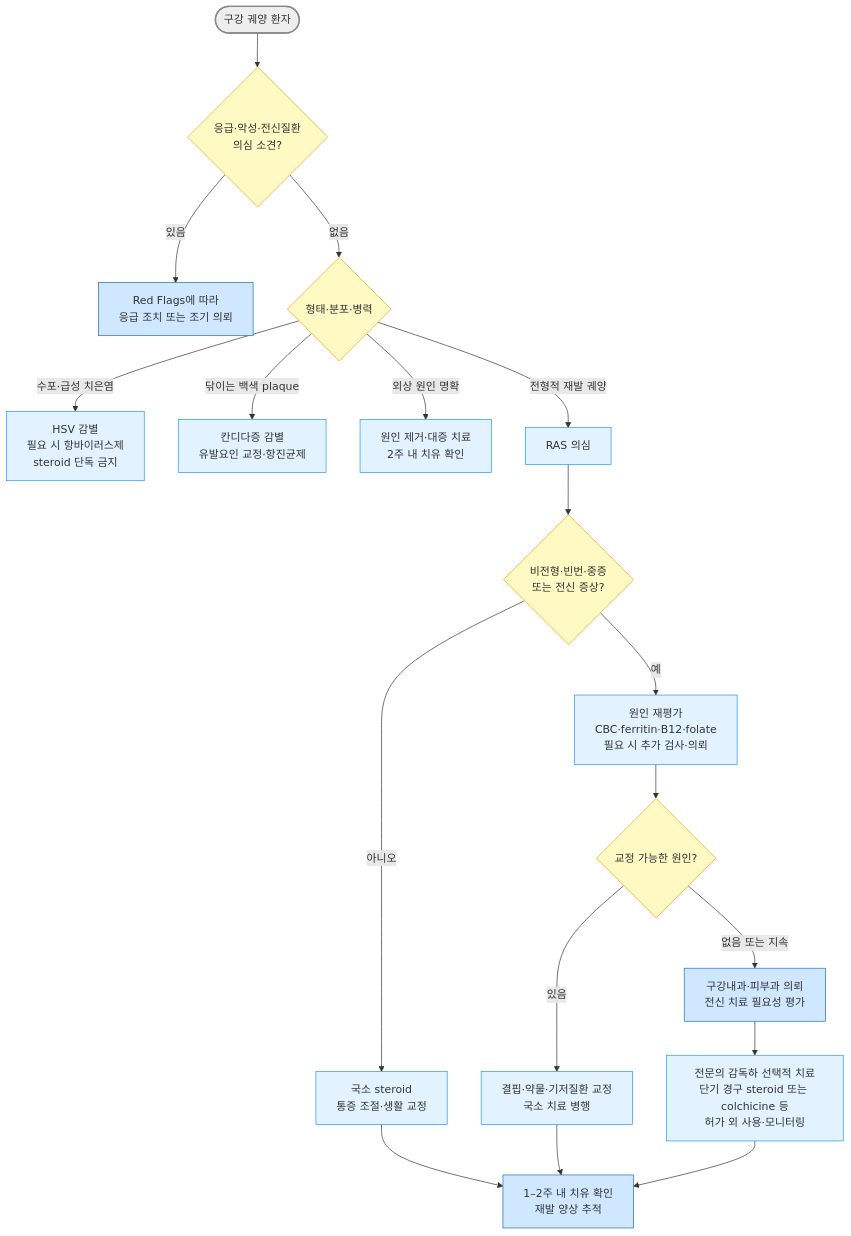
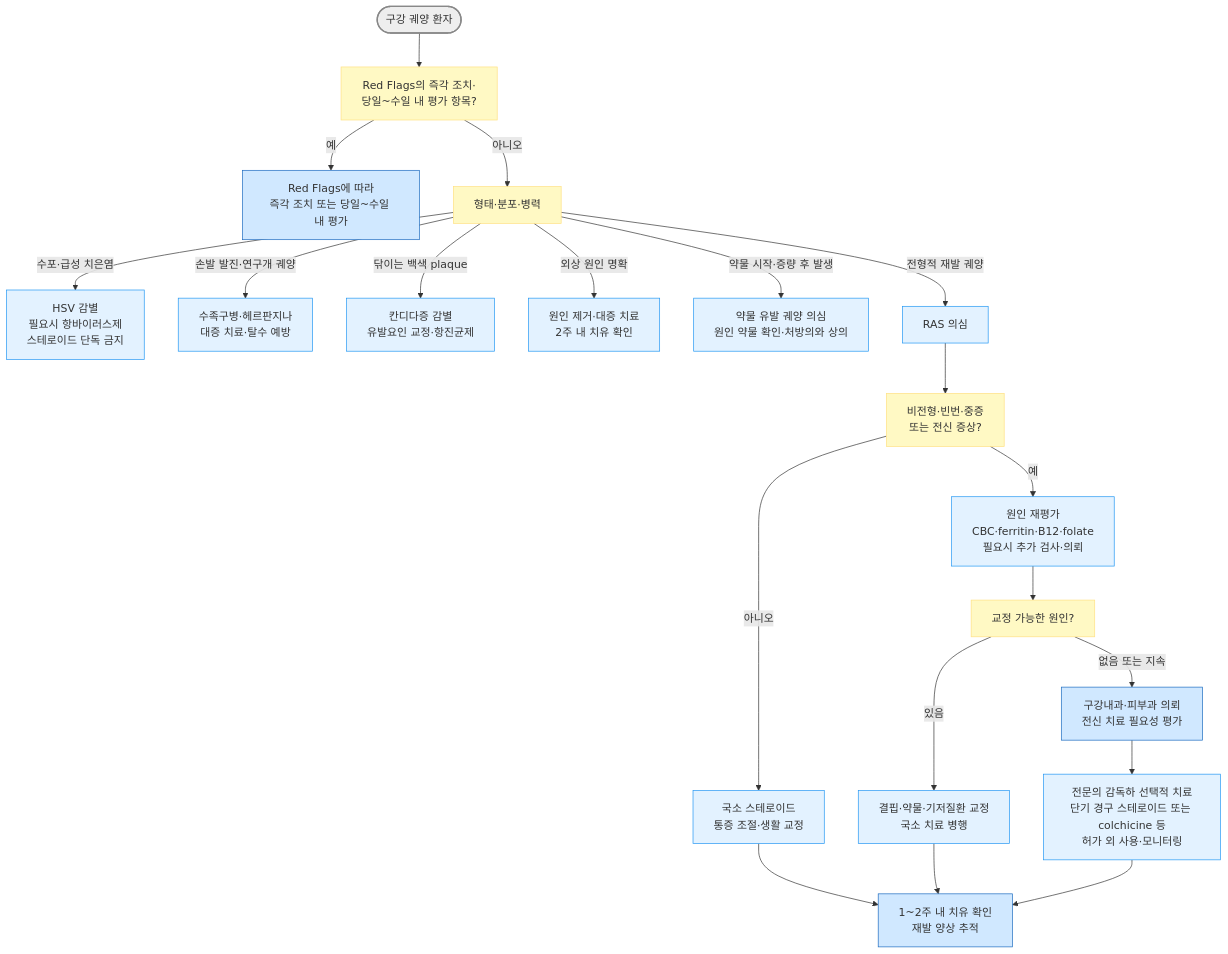
Before and after one commit to familyoh77/familyoh77: the diagram in 222_/054_-stomatitis.md, drawn with Mermaid. The commit also changed other lines of this file, not shown here.

````diff
--- a/222_/054_-stomatitis.md
+++ b/222_/054_-stomatitis.md
@@ -253,29 +258,31 @@
 ```mermaid
 flowchart TD
-    A([구강 궤양 환자]) --> PRE{응급·악성·전신질환<br/>의심 소견?}
-    PRE --> |있음| RF[Red Flags에 따라<br/>응급 조치 또는 조기 의뢰]
-    PRE --> |없음| DIFF{형태·분포·병력}
-    DIFF --> |수포·급성 치은염| HSV[HSV 감별<br/>필요 시 항바이러스제<br/>steroid 단독 금지]
-    DIFF --> |닦이는 백색 plaque| CAND[칸디다증 감별<br/>유발요인 교정·항진균제]
-    DIFF --> |외상 원인 명확| TRAUMA[원인 제거·대증 치료<br/>2주 내 치유 확인]
-    DIFF --> |전형적 재발 궤양| RAS[RAS 의심]
+    A([구강 궤양 환자]) --> PRE["Red Flags의 즉각 조치·<br/>당일~수일 내 평가 항목?"]
+    PRE --> |예| RF["Red Flags에 따라<br/>즉각 조치 또는 당일~수일 내 평가"]
+    PRE --> |아니오| DIFF["형태·분포·병력"]
+    DIFF --> |수포·급성 치은염| HSV["HSV 감별<br/>필요시 항바이러스제<br/>스테로이드 단독 금지"]
+    DIFF --> |손발 발진·연구개 궤양| ENT["수족구병·헤르판지나<br/>대증 치료·탈수 예방"]
+    DIFF --> |닦이는 백색 plaque| CAND["칸디다증 감별<br/>유발요인 교정·항진균제"]
+    DIFF --> |외상 원인 명확| TRAUMA["원인 제거·대증 치료<br/>2주 내 치유 확인"]
+    DIFF --> |약물 시작·증량 후 발생| DRUG["약물 유발 궤양 의심<br/>원인 약물 확인·처방의와 상의"]
+    DIFF --> |전형적 재발 궤양| RAS["RAS 의심"]
 
-    RAS --> SEV{비전형·빈번·중증<br/>또는 전신 증상?}
-    SEV --> |아니오| LOCAL[국소 steroid<br/>통증 조절·생활 교정]
-    SEV --> |예| WORK[원인 재평가<br/>CBC·ferritin·B12·folate<br/>필요 시 추가 검사·의뢰]
-    WORK --> CAUSE{교정 가능한 원인?}
-    CAUSE --> |있음| CORRECT[결핍·약물·기저질환 교정<br/>국소 치료 병행]
-    CAUSE --> |없음 또는 지속| REFER[구강내과·피부과 의뢰<br/>전신 치료 필요성 평가]
-    REFER --> SYSTEMIC[전문의 감독하 선택적 치료<br/>단기 경구 steroid 또는 colchicine 등<br/>허가 외 사용·모니터링]
-    LOCAL --> FOLLOW[1–2주 내 치유 확인<br/>재발 양상 추적]
+    RAS --> SEV["비전형·빈번·중증<br/>또는 전신 증상?"]
+    SEV --> |아니오| LOCAL["국소 스테로이드<br/>통증 조절·생활 교정"]
+    SEV --> |예| WORK["원인 재평가<br/>CBC·ferritin·B12·folate<br/>필요시 추가 검사·의뢰"]
+    WORK --> CAUSE["교정 가능한 원인?"]
+    CAUSE --> |있음| CORRECT["결핍·약물·기저질환 교정<br/>국소 치료 병행"]
+    CAUSE --> |없음 또는 지속| REFER["구강내과·피부과 의뢰<br/>전신 치료 필요성 평가"]
+    REFER --> SYSTEMIC["전문의 감독하 선택적 치료<br/>단기 경구 스테로이드 또는 colchicine 등<br/>허가 외 사용·모니터링"]
+    LOCAL --> FOLLOW["1~2주 내 치유 확인<br/>재발 양상 추적"]
     CORRECT --> FOLLOW
     SYSTEMIC --> FOLLOW
 
 style A fill:#eeeeee,stroke:#888888,stroke-width:2px
-classDef yellow fill:#fff9c4,stroke:#f39c12
+classDef yellow fill:#fff9c4,stroke:#ffe082
 class PRE,DIFF,SEV,CAUSE yellow
 classDef sky fill:#e3f2ff,stroke:#2196f3
-class HSV,CAND,TRAUMA,RAS,LOCAL,WORK,CORRECT,SYSTEMIC sky
+class HSV,ENT,CAND,TRAUMA,DRUG,RAS,LOCAL,WORK,CORRECT,SYSTEMIC sky
 classDef blue fill:#d0e8ff,stroke:#1a6abf
 class RF,REFER,FOLLOW blue
 ```
````
